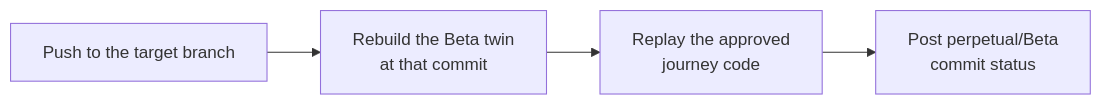
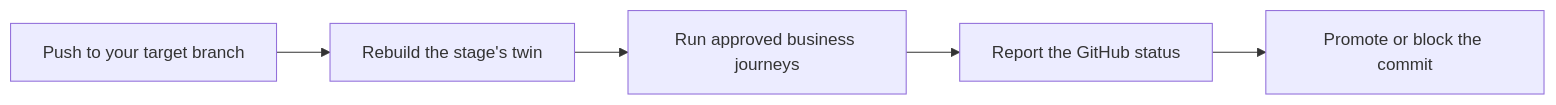
One commit to glennlzl/Perpetual changed the diagram in README.md. Above: the diagram before and after it, drawn with Mermaid. The commit also changed other lines of this file, not shown here.

````diff
--- a/README.md
+++ b/README.md
@@ -37,6 +58,7 @@
 ```mermaid
 flowchart LR
-  push["Push to the target branch"] --> twin["Rebuild the Beta twin<br/>at that commit"]
-  twin --> journeys["Replay the approved<br/>journey code"]
-  journeys --> status["Post perpetual/Beta<br/>commit status"]
+  push["Push to your target branch"] --> twin["Rebuild the stage's twin"]
+  twin --> journeys["Run approved business journeys"]
+  journeys --> gate["Report the GitHub status"]
+  gate --> promotion["Promote or block the commit"]
 ```
````
